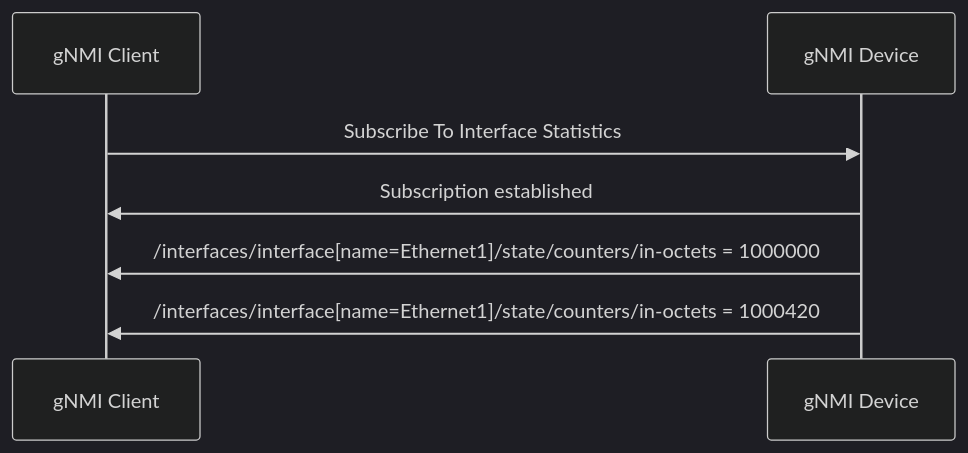
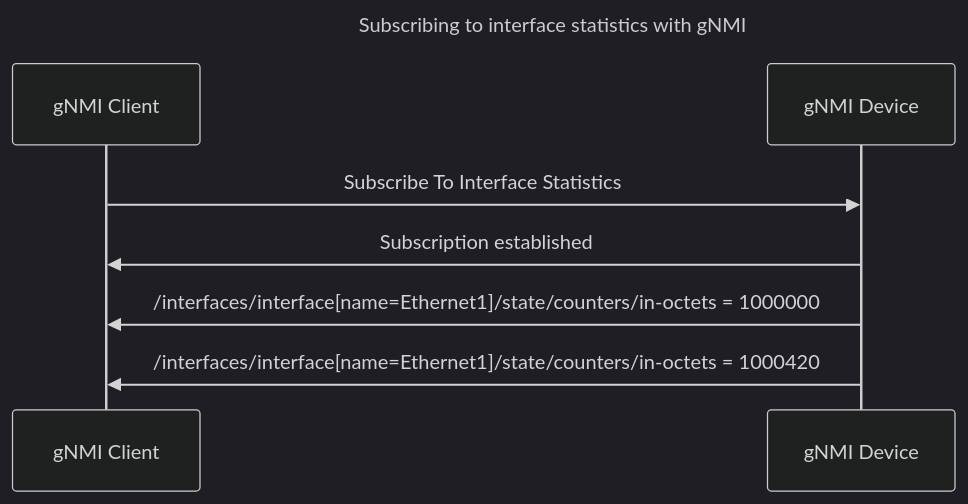
Before and after one commit to sudorandom/kmcd.dev: the second of 2 diagrams in content/posts/2023-11-04_gnmi/index.md, drawn with Mermaid (dark theme).

Commit message:
Add title to chart

````diff
--- a/content/posts/2023-11-04_gnmi/index.md
+++ b/content/posts/2023-11-04_gnmi/index.md
@@ -74,12 +74,15 @@
 ```mermaid
+---
+title: Subscribing to interface statistics with gNMI
+---
 sequenceDiagram
     participant client AS gNMI Client
     participant device AS gNMI Device
 
     client->>device: Subscribe To Interface Statistics
     device->>client: Subscription established
 
     device->>client: /interfaces/interface[name=Ethernet1]/state/counters/in-octets = 1000000
 
     device->>client: /interfaces/interface[name=Ethernet1]/state/counters/in-octets = 1000420
 ```
````
